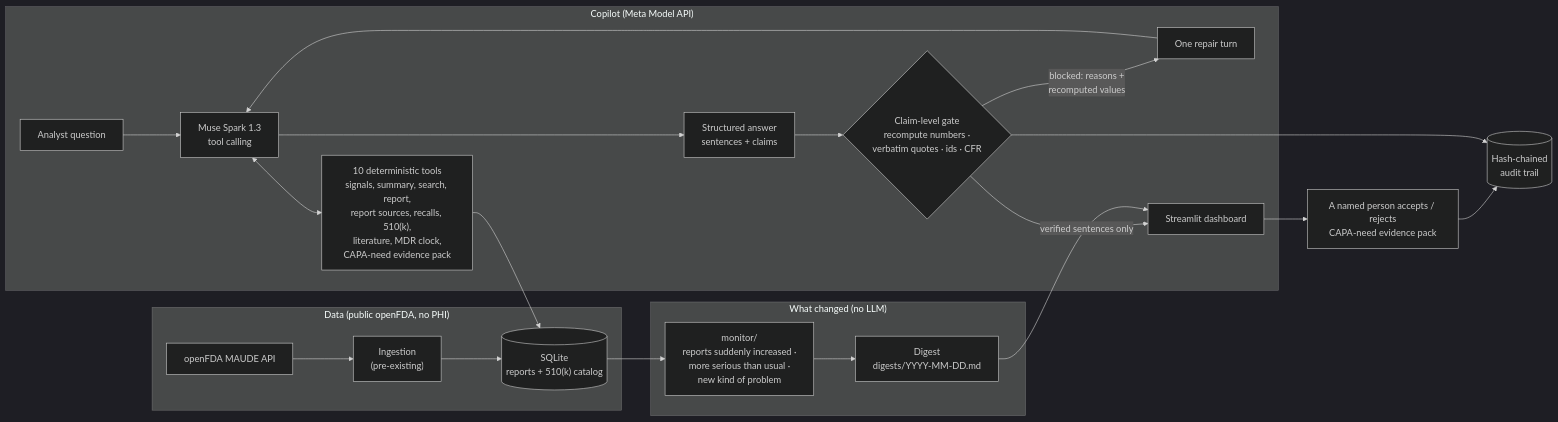
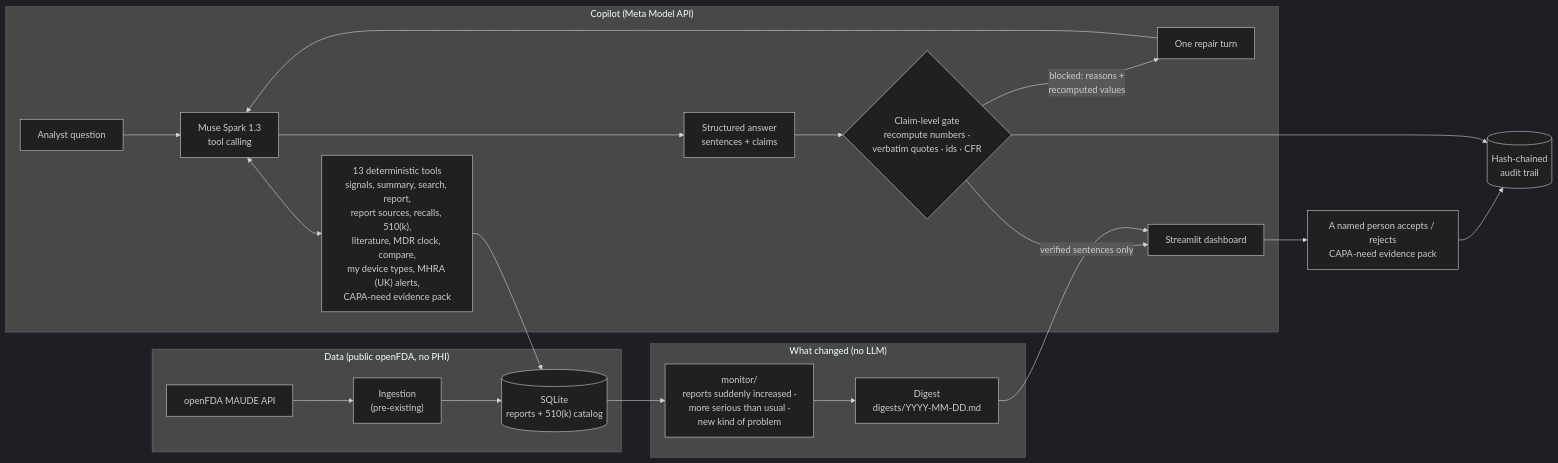
The diagram in README.md (kondapallysaicharan63-bot/maudesignal), drawn with Mermaid (dark theme) before and after one commit. The commit also changed other lines of this file and 68 other files, not shown here.

````diff
--- a/README.md
+++ b/README.md
@@ -144,28 +144,28 @@
 ```mermaid
 flowchart LR
     subgraph data["Data (public openFDA, no PHI)"]
         FDA["openFDA MAUDE API"] --> ING["Ingestion<br/>(pre-existing)"]
         ING --> DB[("SQLite<br/>reports + 510(k) catalog")]
     end
 
     subgraph changes["What changed (no LLM)"]
         DB --> MON["monitor/<br/>reports suddenly increased ·<br/>more serious than usual ·<br/>new kind of problem"]
         MON --> DIG["Digest<br/>digests/YYYY-MM-DD.md"]
     end
 
     subgraph copilot["Copilot (Meta Model API)"]
         Q["Analyst question"] --> SPARK["Muse Spark 1.3<br/>tool calling"]
-        SPARK <--> TOOLS["10 deterministic tools<br/>signals, summary, search, report,<br/>report sources, recalls, 510(k),<br/>literature, MDR clock,<br/>CAPA-need evidence pack"]
+        SPARK <--> TOOLS["13 deterministic tools<br/>signals, summary, search, report,<br/>report sources, recalls, 510(k),<br/>literature, MDR clock, compare,<br/>my device types, MHRA (UK) alerts,<br/>CAPA-need evidence pack"]
         TOOLS --> DB
         SPARK --> ANS["Structured answer<br/>sentences + claims"]
         ANS --> GATE{"Claim-level gate<br/>recompute numbers ·<br/>verbatim quotes · ids · CFR"}
         GATE -- "blocked: reasons +<br/>recomputed values" --> REPAIR["One repair turn"]
         REPAIR --> SPARK
         GATE -- "verified sentences only" --> UI["Streamlit dashboard"]
     end
 
     DIG --> UI
     UI --> ACT["A named person accepts / rejects<br/>CAPA-need evidence pack"]
     ACT --> AUDIT[("Hash-chained<br/>audit trail")]
     GATE --> AUDIT
 ```
````
